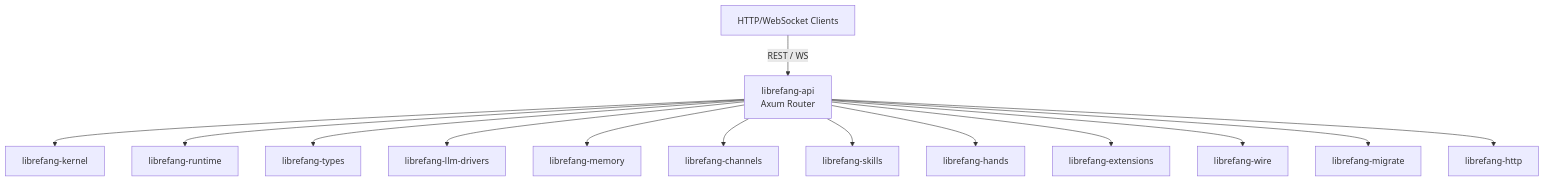
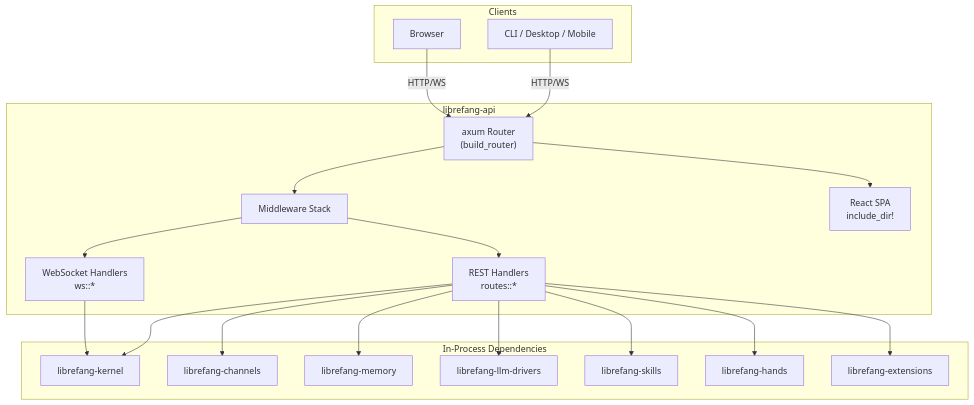
Before and after one commit to leszek3737/librefang-WIki: the diagram in other-librefang-api.md, drawn with Mermaid. The commit also changed other lines of this file and 100 other files, not shown here.

````diff
--- a/other-librefang-api.md
+++ b/other-librefang-api.md
@@ -9,20 +9,40 @@
 ```mermaid
 graph TD
-    Client[HTTP/WebSocket Clients]
-    API[librefang-api<br>Axum Router]
-    
-    Client -->|REST / WS| API
-    
-    API --> Kernel[librefang-kernel]
-    API --> Runtime[librefang-runtime]
-    API --> Types[librefang-types]
-    API --> LLM[librefang-llm-drivers]
-    API --> Memory[librefang-memory]
-    API --> Channels[librefang-channels]
-    API --> Skills[librefang-skills]
-    API --> Hands[librefang-hands]
-    API --> Extensions[librefang-extensions]
-    API --> Wire[librefang-wire]
-    API --> Migrate[librefang-migrate]
-    API --> HTTP[librefang-http]
+    subgraph Clients
+        CLI[CLI / Desktop / Mobile]
+        Browser[Browser]
+    end
+
+    subgraph "librefang-api"
+        Router["axum Router<br/>(build_router)"]
+        MW[Middleware Stack]
+        REST[REST Handlers<br/>routes::*]
+        WS[WebSocket Handlers<br/>ws::*]
+        Dashboard[React SPA<br/>include_dir!]
+    end
+
+    subgraph "In-Process Dependencies"
+        Kernel[librefang-kernel]
+        Channels[librefang-channels]
+        Memory[librefang-memory]
+        LLM[librefang-llm-drivers]
+        Skills[librefang-skills]
+        Hands[librefang-hands]
+        Extensions[librefang-extensions]
+    end
+
+    CLI -->|HTTP/WS| Router
+    Browser -->|HTTP/WS| Router
+    Router --> MW
+    MW --> REST
+    MW --> WS
+    Router --> Dashboard
+    REST --> Kernel
+    REST --> Channels
+    REST --> Memory
+    REST --> LLM
+    REST --> Skills
+    REST --> Hands
+    REST --> Extensions
+    WS --> Kernel
 ```
````
